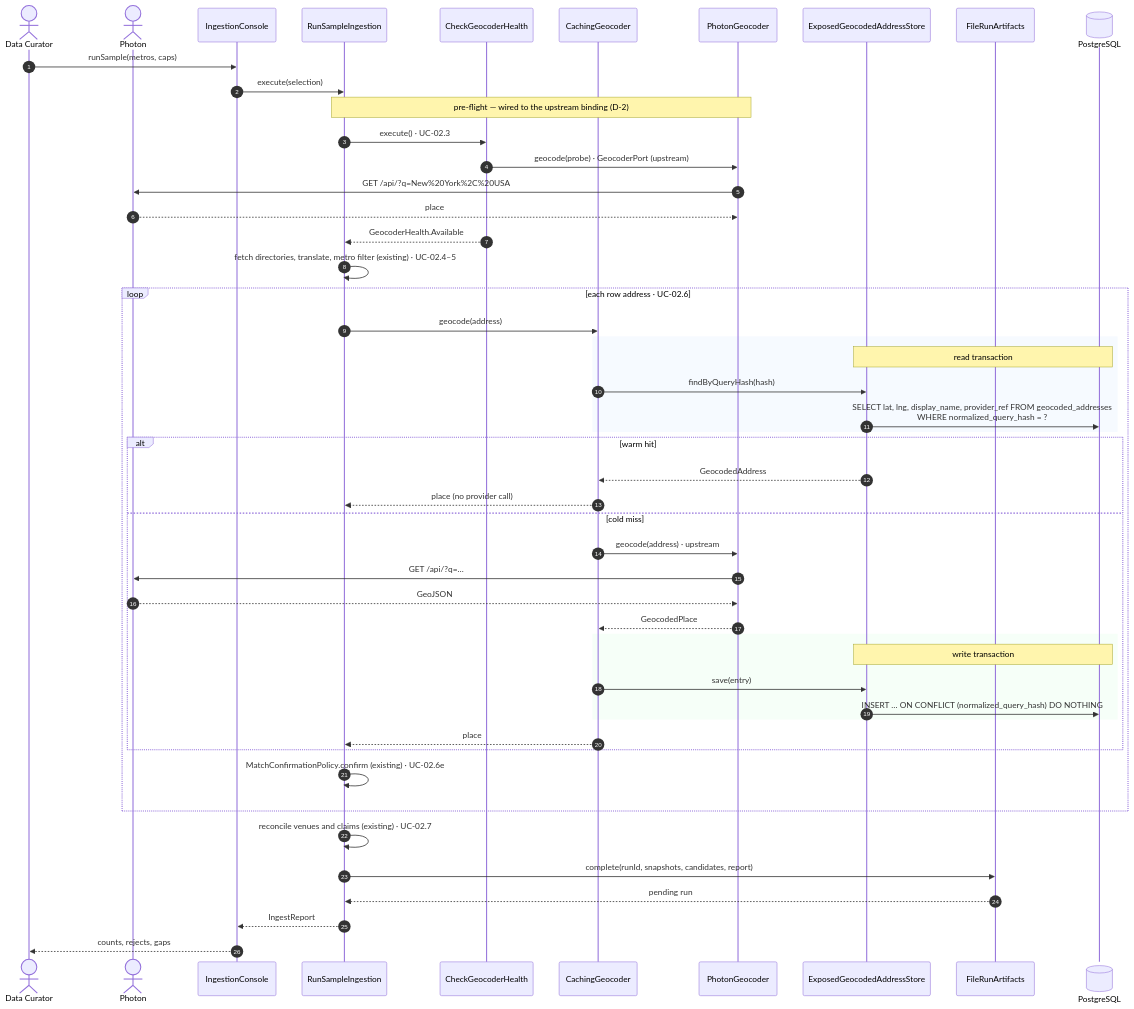
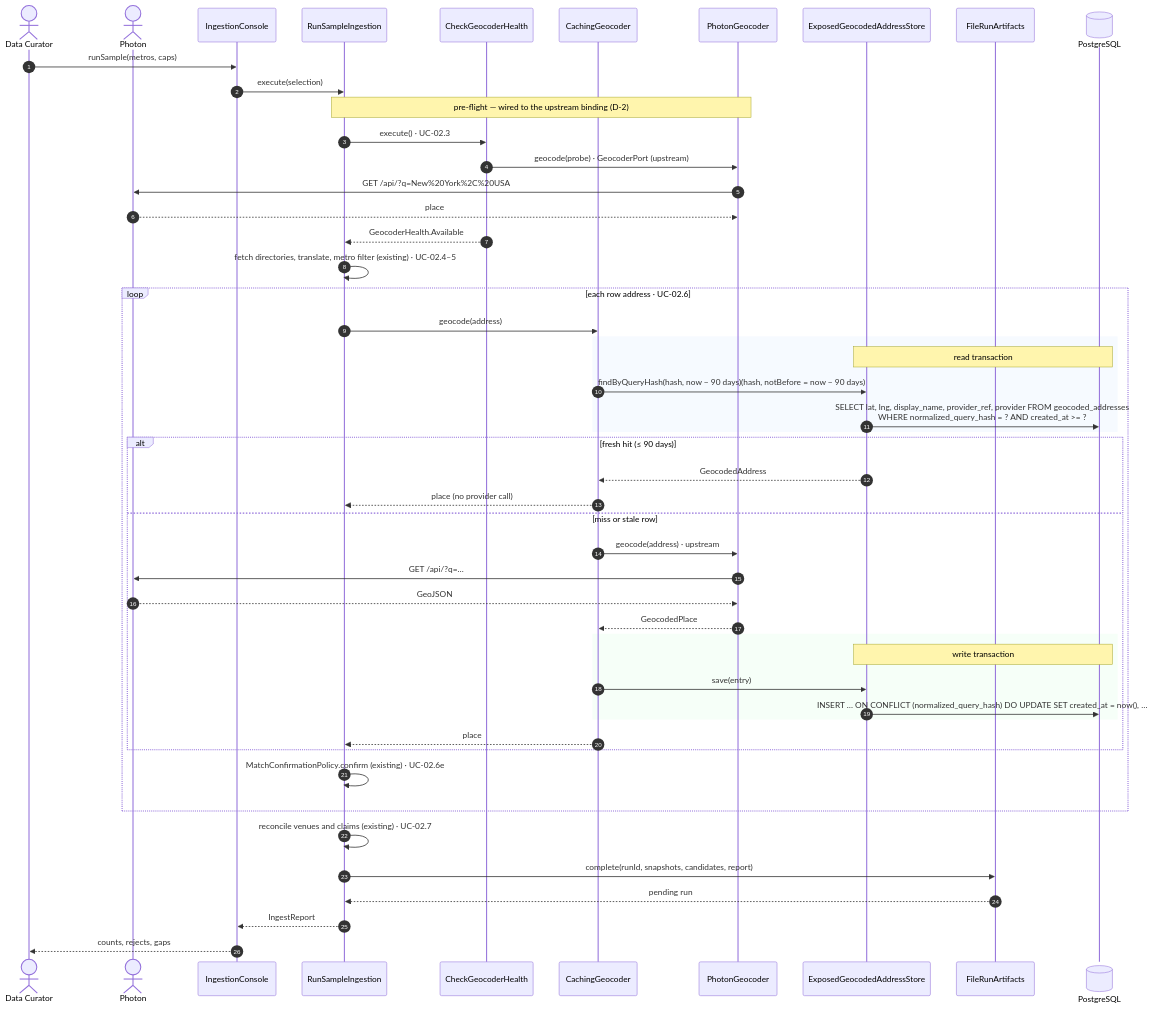
Before and after one commit to Losers-Lab/tahirs-list: the first of 2 diagrams in docs/features/SC-198/06-whitebox/UC-02-ingest-directory-batch.md, drawn with Mermaid. The commit also changed other lines of this file and 9 other files, not shown here.

````diff
--- a/docs/features/SC-198/06-whitebox/UC-02-ingest-directory-batch.md
+++ b/docs/features/SC-198/06-whitebox/UC-02-ingest-directory-batch.md
@@ -8,57 +8,57 @@
 ```mermaid
 sequenceDiagram
   autonumber
   actor DC as Data Curator
   actor PH as Photon
   participant B as IngestionConsole
   participant R as RunSampleIngestion
   participant H as CheckGeocoderHealth
   participant CG as CachingGeocoder
   participant PG as PhotonGeocoder
   participant ST as ExposedGeocodedAddressStore
   participant AW as FileRunArtifacts
   participant DB@{ "type": "database" } as PostgreSQL
 
   DC->>B: runSample(metros, caps)
   B->>R: execute(selection)
 
   Note over R,PG: pre-flight — wired to the upstream binding (D-2)
   R->>H: execute() · UC-02.3
   H->>PG: geocode(probe) · GeocoderPort (upstream)
   PG->>PH: GET /api/?q=New%20York%2C%20USA
   PH-->>PG: place
   H-->>R: GeocoderHealth.Available
 
   R->>R: fetch directories, translate, metro filter (existing) · UC-02.4–5
 
   loop each row address · UC-02.6
     R->>CG: geocode(address)
     rect rgba(230, 240, 255, .35)
       Note over ST,DB: read transaction
-      CG->>ST: findByQueryHash(hash)
-      ST->>DB: SELECT lat, lng, display_name, provider_ref FROM geocoded_addresses<br/>WHERE normalized_query_hash = ?
+      CG->>ST: findByQueryHash(hash, now − 90 days)(hash, notBefore = now − 90 days)
+      ST->>DB: SELECT lat, lng, display_name, provider_ref, provider FROM geocoded_addresses<br/>WHERE normalized_query_hash = ? AND created_at >= ?
     end
-    alt warm hit
+    alt fresh hit (≤ 90 days)
       ST-->>CG: GeocodedAddress
       CG-->>R: place (no provider call)
-    else cold miss
+    else miss or stale row
       CG->>PG: geocode(address) · upstream
       PG->>PH: GET /api/?q=…
       PH-->>PG: GeoJSON
       PG-->>CG: GeocodedPlace
       rect rgba(230, 255, 235, .35)
         Note over ST,DB: write transaction
         CG->>ST: save(entry)
-        ST->>DB: INSERT … ON CONFLICT (normalized_query_hash) DO NOTHING
+        ST->>DB: INSERT … ON CONFLICT (normalized_query_hash) DO UPDATE SET created_at = now(), …
       end
       CG-->>R: place
     end
     R->>R: MatchConfirmationPolicy.confirm (existing) · UC-02.6e
   end
 
   R->>R: reconcile venues and claims (existing) · UC-02.7
   R->>AW: complete(runId, snapshots, candidates, report)
   AW-->>R: pending run
   R-->>B: IngestReport
   B-->>DC: counts, rejects, gaps
 ```
````
